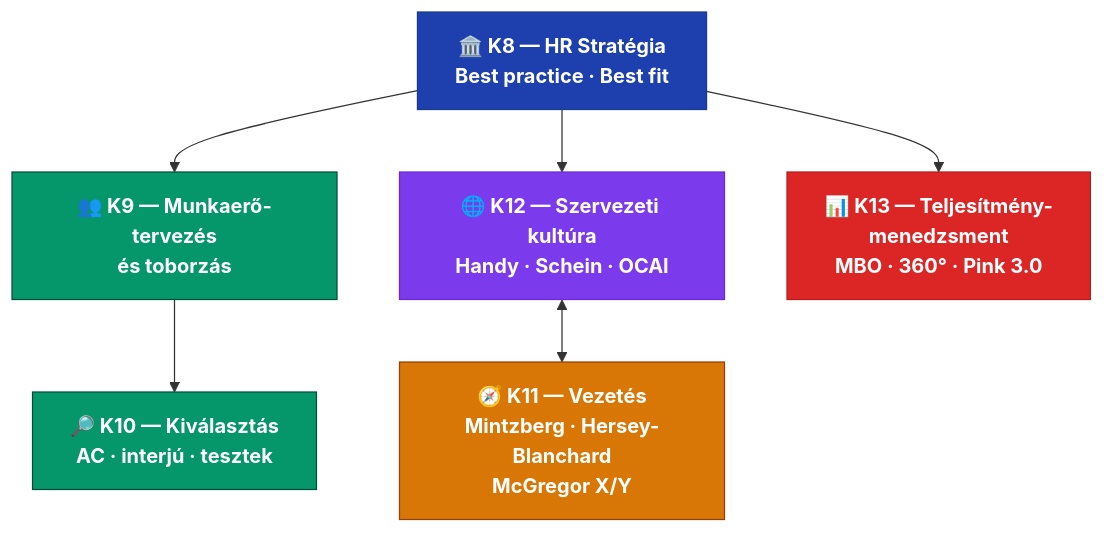
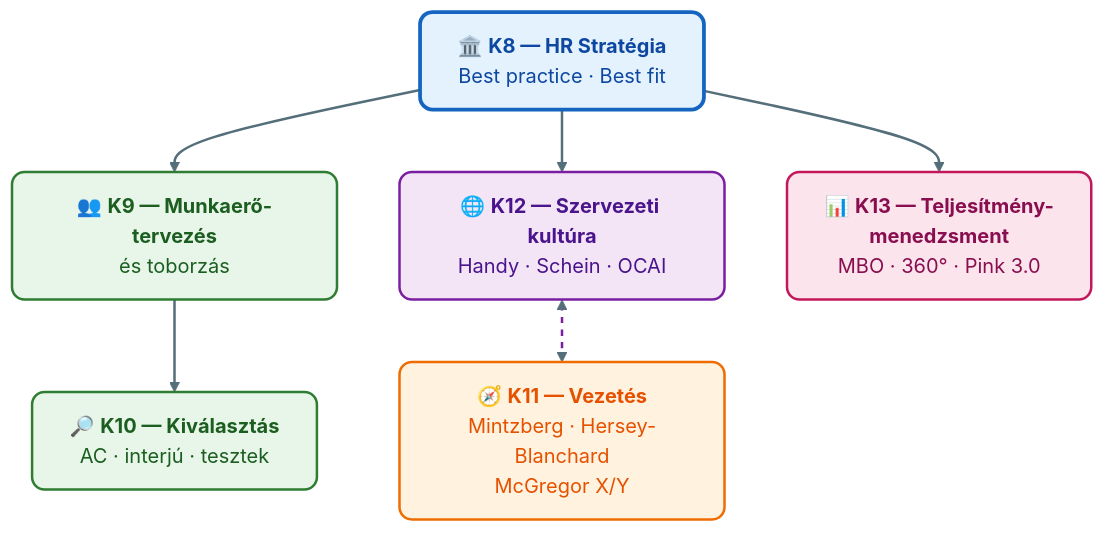
The second of 2 diagrams in Tételek/K13-GMXHR1MBLF-Teljesítménymenedzsment és értékelés.tétel.md (denespocsik/MM_BSC_Zarovizsga), drawn with Mermaid before and after one commit. The commit also changed other lines of this file and 34 other files, not shown here.

First line of the commit message:
style(tételek): egységes vizuális arculat a Mermaid-diagramokhoz

````diff
--- a/Tételek/K13-GMXHR1MBLF-Teljesítménymenedzsment és értékelés.tétel.md
+++ b/Tételek/K13-GMXHR1MBLF-Teljesítménymenedzsment és értékelés.tétel.md
@@ -62,21 +65,24 @@
 ```mermaid
 graph TD
-    K8["🏛️ K8 — HR Stratégia\nBest practice · Best fit"]:::hrstrategia
-    K9["👥 K9 — Munkaerő-tervezés\nés toborzás"]:::toborzas
-    K10["🔎 K10 — Kiválasztás\nAC · interjú · tesztek"]:::toborzas
-    K11["🧭 K11 — Vezetés\nMintzberg · Hersey-Blanchard\nMcGregor X/Y"]:::vezetes
-    K12["🌐 K12 — Szervezeti kultúra\nHandy · Schein · OCAI"]:::kultura
-    K13["📊 K13 — Teljesítmény-\nmenedzsment\nMBO · 360° · Pink 3.0"]:::teljesitmeny
+    K8["🏛️ <b>K8 — HR Stratégia</b><br/>Best practice · Best fit"]:::kekH
+    K9["👥 <b>K9 — Munkaerő-tervezés</b><br/>és toborzás"]:::zold
+    K10["🔎 <b>K10 — Kiválasztás</b><br/>AC · interjú · tesztek"]:::zold
+    K11["🧭 <b>K11 — Vezetés</b><br/>Mintzberg · Hersey-Blanchard<br/>McGregor X/Y"]:::narancs
+    K12["🌐 <b>K12 — Szervezeti kultúra</b><br/>Handy · Schein · OCAI"]:::lila
+    K13["📊 <b>K13 — Teljesítmény-</b><br/><b>menedzsment</b><br/>MBO · 360° · Pink 3.0"]:::rozsa
 
     K8 --> K9
     K8 --> K13
     K8 --> K12
     K9 --> K10
     K12 <--> K11
 
-    classDef hrstrategia  fill:#1e40af,stroke:#1e3a8a,color:#ffffff,font-weight:bold
-    classDef toborzas     fill:#059669,stroke:#064e3b,color:#ffffff,font-weight:bold
-    classDef vezetes      fill:#d97706,stroke:#92400e,color:#ffffff,font-weight:bold
-    classDef kultura      fill:#7c3aed,stroke:#6d28d9,color:#ffffff,font-weight:bold
-    classDef teljesitmeny fill:#dc2626,stroke:#b91c1c,color:#ffffff,font-weight:bold
+    classDef kekH    fill:#e3f2fd,stroke:#1565c0,stroke-width:3px,color:#0d47a1,rx:10,ry:10;
+    classDef zold    fill:#e8f5e9,stroke:#2e7d32,stroke-width:2px,color:#1b5e20,rx:10,ry:10;
+    classDef narancs fill:#fff3e0,stroke:#ef6c00,stroke-width:2px,color:#e65100,rx:10,ry:10;
+    classDef rozsa   fill:#fce4ec,stroke:#c2185b,stroke-width:2px,color:#880e4f,rx:10,ry:10;
+    classDef lila    fill:#f3e5f5,stroke:#7b1fa2,stroke-width:2px,color:#4a148c,rx:10,ry:10;
+
+    linkStyle default stroke:#546e7a,stroke-width:2px;
+    linkStyle 4 stroke:#7b1fa2,stroke-width:2px,stroke-dasharray: 5 5;
 ```
````
